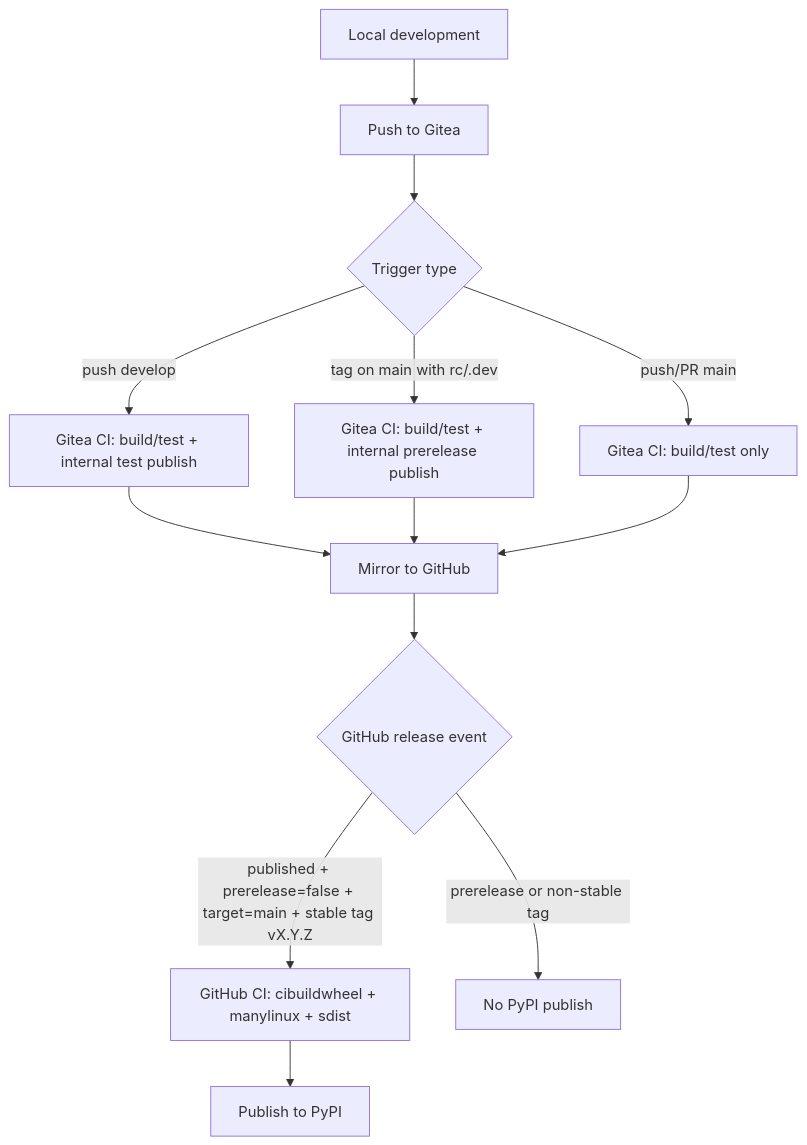
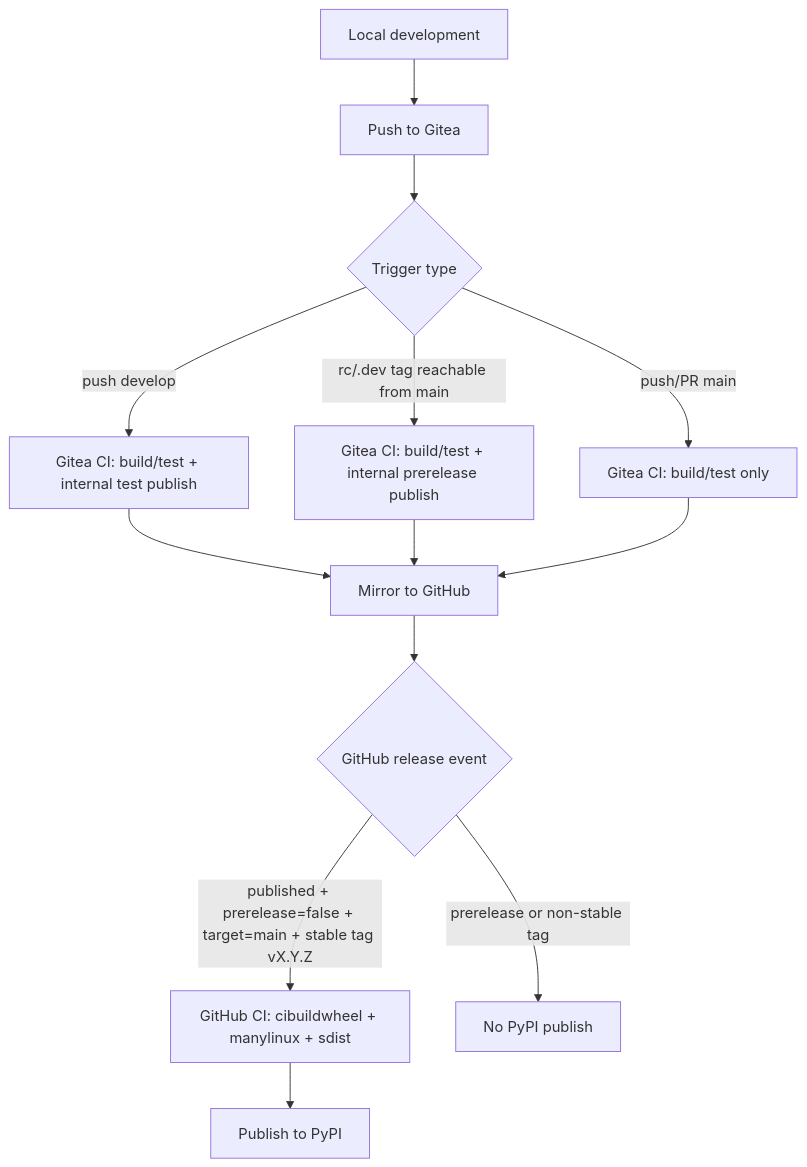
One commit to Hyperbolica-dev/MolGR changed the diagram in docs/release/DEVELOPMENT_RELEASE_GUIDE.md. Above: the diagram before and after it, drawn with Mermaid. The commit also changed other lines of this file and 32 other files, not shown here.

````diff
--- a/docs/release/DEVELOPMENT_RELEASE_GUIDE.md
+++ b/docs/release/DEVELOPMENT_RELEASE_GUIDE.md
@@ -11,19 +13,19 @@
 ```mermaid
 flowchart TD
     A[Local development] --> B[Push to Gitea]
     B --> C{Trigger type}
 
     C -->|push develop| D[Gitea CI: build/test + internal test publish]
-    C -->|tag on main with rc/.dev| E[Gitea CI: build/test + internal prerelease publish]
+    C -->|rc/.dev tag reachable from main| E[Gitea CI: build/test + internal prerelease publish]
     C -->|push/PR main| F[Gitea CI: build/test only]
 
     D --> G[Mirror to GitHub]
     E --> G
     F --> G
 
     G --> H{GitHub release event}
     H -->|published + prerelease=false + target=main + stable tag vX.Y.Z| I[GitHub CI: cibuildwheel + manylinux + sdist]
     H -->|prerelease or non-stable tag| J[No PyPI publish]
 
     I --> K[Publish to PyPI]
 ```
````
